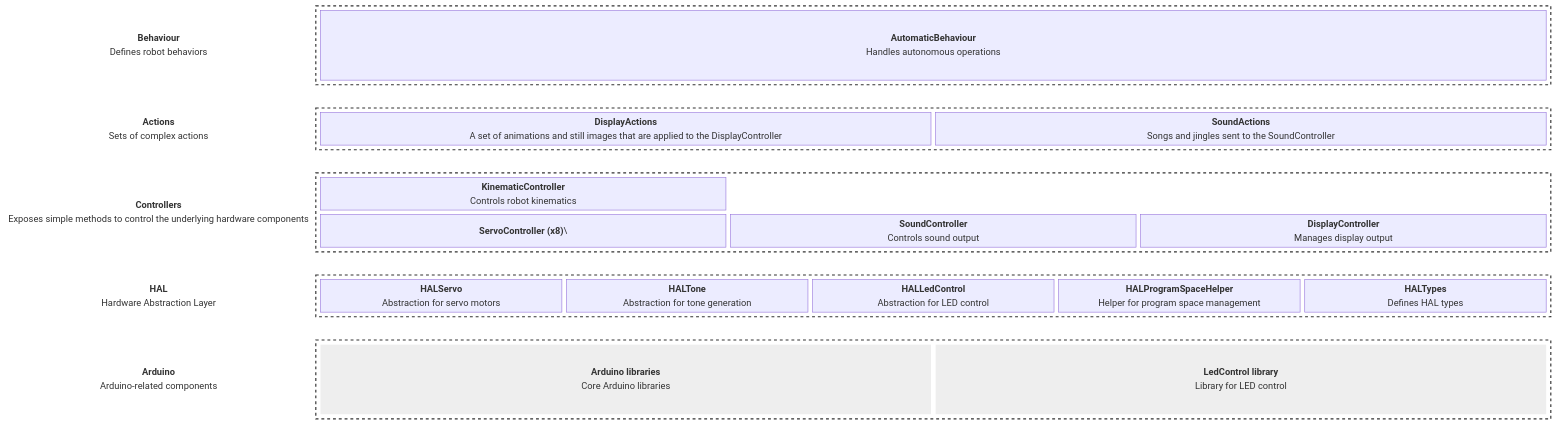
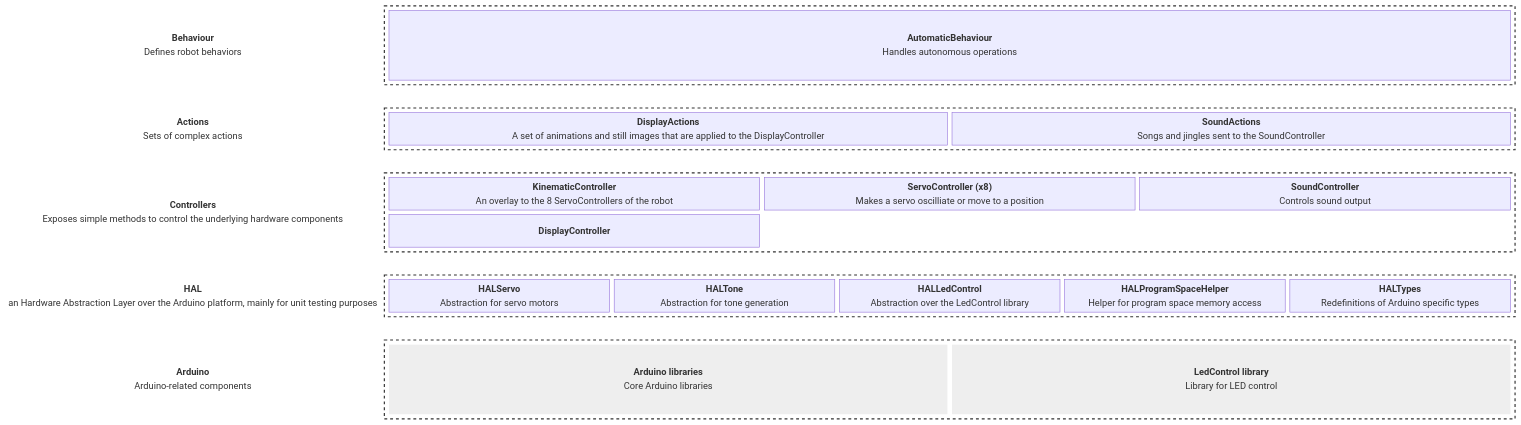
The diagram in README.md (verdi8/o4-firmware), drawn with Mermaid before and after one commit.

````diff
--- a/README.md
+++ b/README.md
@@ -51,55 +51,55 @@
 ```mermaid
 block
-columns 5
+columns 4
     behaviour_title["<b>Behaviour</b>\nDefines robot behaviors"]
-    block:behaviour_block:4
+    block:behaviour_block:3
         ab["<b>AutomaticBehaviour</b>\nHandles autonomous operations"]
     end
     actions_title["<b>Actions</b>\nSets of complex actions"] 
-    block:actions_block:4
+    block:actions_block:3
         da["<b>DisplayActions</b>\nA set of animations and still images that are applied to the DisplayController"]
         sa["<b>SoundActions</b>\nSongs and jingles sent to the SoundController"]
     end
     controllers_title["<b>Controllers</b>\nExposes simple methods to control the underlying hardware components"]
-    block:controllers_block:4
+    block:controllers_block:3
         columns 3
-        kc["<b>KinematicController</b>\nControls robot kinematics"]  space:2
-        tc["<b>ServoController (x8)</b>\"]  
+        kc["<b>KinematicController</b>\nAn overlay to the 8 ServoControllers of the robot"]
+        tc["<b>ServoController (x8)</b>\nMakes a servo oscilliate or move to a position"]
         sc["<b>SoundController</b>\nControls sound output"]
-        dc["<b>DisplayController</b>\nManages display output"]
+        dc["<b>DisplayController</b>\n"]
     end
 
-    hal_title["<b>HAL</b>\nHardware Abstraction Layer"]
-    block:hal_block:4
+    hal_title["<b>HAL</b>\nan Hardware Abstraction Layer over the Arduino platform, mainly for unit testing purposes"]
+    block:hal_block:3
         hs["<b>HALServo</b>\nAbstraction for servo motors"] 
         ht["<b>HALTone</b>\nAbstraction for tone generation"]
-        hl["<b>HALLedControl</b>\nAbstraction for LED control"]
-        hp["<b>HALProgramSpaceHelper</b>\nHelper for program space management"]
-        hy["<b>HALTypes</b>\nDefines HAL types"]
+        hl["<b>HALLedControl</b>\nAbstraction over the LedControl library"]
+        hp["<b>HALProgramSpaceHelper</b>\nHelper for program space memory access"]
+        hy["<b>HALTypes</b>\nRedefinitions of Arduino specific types"]
     end
 
     arduino_title["<b>Arduino</b>\nArduino-related components"]
-    block:arduino_block:4
+    block:arduino_block:3
         ar["<b>Arduino libraries</b>\nCore Arduino libraries"]
         lc["<b>LedControl library</b>\nLibrary for LED control"]
     end
 
     classDef layer fill:white,stroke:#333,stroke-width:2px,stroke-dasharray: 5 5;
     class actions_block layer
     class controllers_block layer   
     class hal_block layer   
     class behaviour_block layer   
     class arduino_block layer
 
    
     classDef title fill:white,stroke:none;
     class controllers_title title
     class hal_title title
     class actions_title title
     class behaviour_title title
     class arduino_title title
 
     classDef external fill:#EEEEEE,stroke:none;
     class ar external
     class lc external
 ```
````
